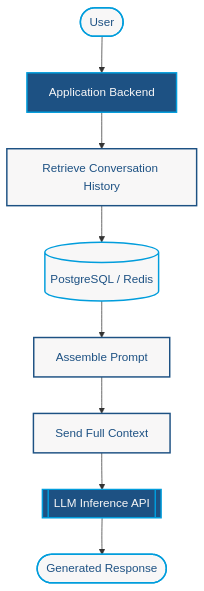
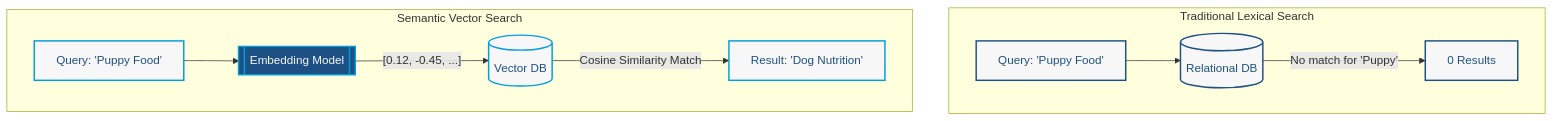
Before and after one commit to bpbpublications/Practical-Software-Architecture-Patterns-with-Java: the diagram in chapter-11/diagrams/diagram-02.md, drawn with Mermaid. The commit also changed 76 other files, not shown here.

````diff
--- a/chapter-11/diagrams/diagram-02.md
+++ b/chapter-11/diagrams/diagram-02.md
@@ -2,19 +1,23 @@
 ```mermaid
 graph TD
-    User([User]) --> Backend[Application Backend]
-    Backend --> Retrieve[Retrieve Conversation History]
-    Retrieve --> DB[(PostgreSQL / Redis)]
-    DB --> Assemble[Assemble Prompt]
-    Assemble --> Send[Send Full Context]
-    Send --> LLM[[LLM Inference API]]
-    LLM --> Response([Generated Response])
-    
-    style User fill:#F8F7F7,stroke:#019DDC,stroke-width:2px,color:#1D5183
-    style Backend fill:#1D5183,stroke:#019DDC,stroke-width:2px,color:#F8F7F7
-    style Retrieve fill:#F8F7F7,stroke:#1D5183,stroke-width:2px,color:#1D5183
-    style DB fill:#F8F7F7,stroke:#019DDC,stroke-width:2px,color:#1D5183
-    style Assemble fill:#F8F7F7,stroke:#1D5183,stroke-width:2px,color:#1D5183
-    style Send fill:#F8F7F7,stroke:#1D5183,stroke-width:2px,color:#1D5183
-    style LLM fill:#1D5183,stroke:#019DDC,stroke-width:2px,color:#F8F7F7
-    style Response fill:#F8F7F7,stroke:#019DDC,stroke-width:2px,color:#1D5183
+    subgraph Traditional Lexical Search
+        Q1[Query: 'Puppy Food'] --> DB1[(Relational DB)]
+        DB1 -->|No match for 'Puppy'| Miss[0 Results]
+    end
+
+    subgraph Semantic Vector Search
+        Q2[Query: 'Puppy Food'] --> Embed[[Embedding Model]]
+        Embed -->|"[0.12, -0.45, ...]"| DB2[(Vector DB)]
+        DB2 -->|Cosine Similarity Match| Hit[Result: 'Dog Nutrition']
+    end
+
+    style Q1 fill:#F8F7F7,stroke:#1D5183,stroke-width:2px,color:#1D5183
+    style DB1 fill:#F8F7F7,stroke:#1D5183,stroke-width:2px,color:#1D5183
+    style Miss fill:#F8F7F7,stroke:#1D5183,stroke-width:2px,color:#1D5183
+
+    style Q2 fill:#F8F7F7,stroke:#019DDC,stroke-width:2px,color:#1D5183
+    style Embed fill:#1D5183,stroke:#019DDC,stroke-width:2px,color:#F8F7F7
+    style DB2 fill:#F8F7F7,stroke:#019DDC,stroke-width:2px,color:#1D5183
+    style Hit fill:#F8F7F7,stroke:#019DDC,stroke-width:2px,color:#1D5183
+
 ```
````
